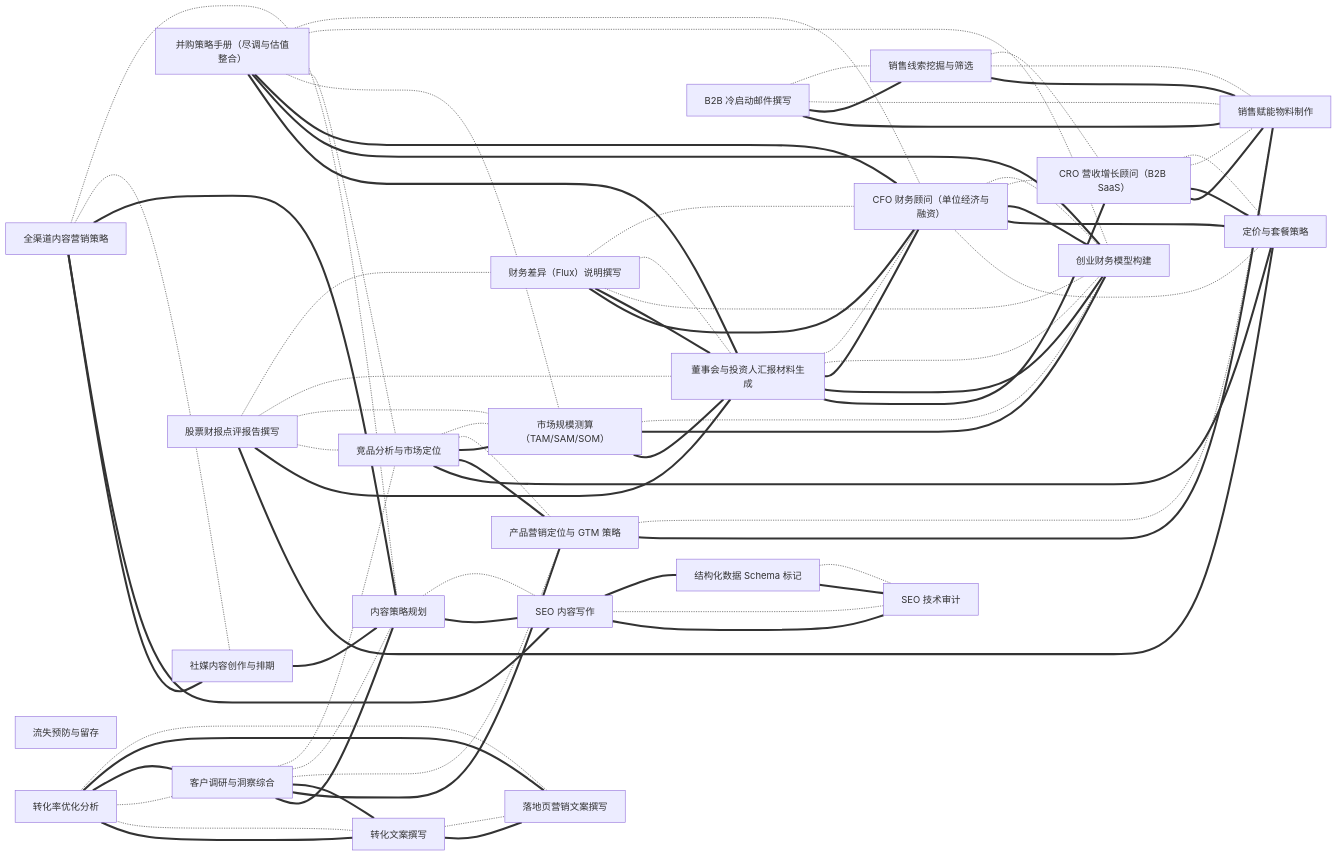
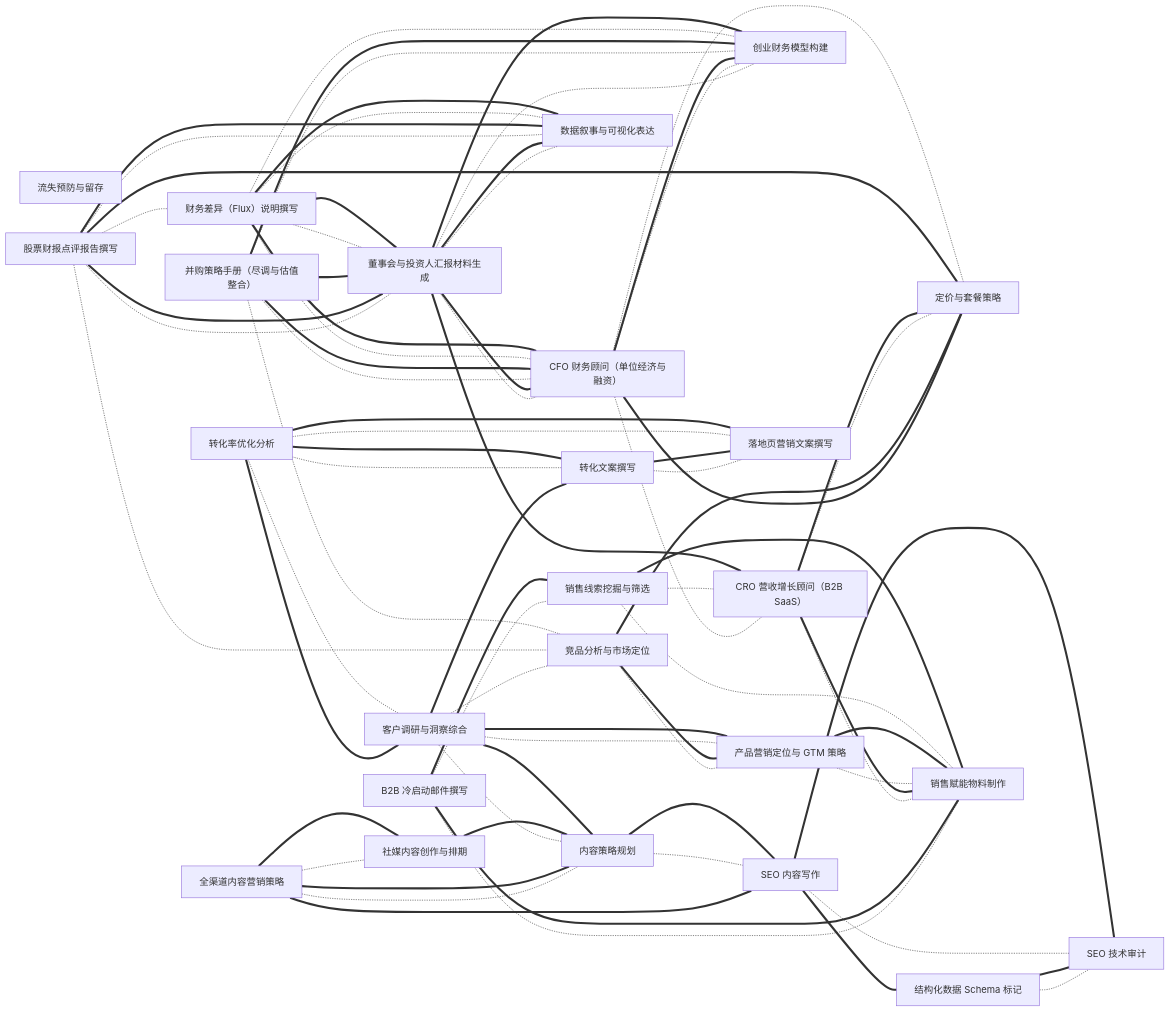
The seventh of 12 diagrams in INDEX/graph.md (findscripter/everything-skills), drawn with Mermaid before and after one commit. The commit also changed other lines of this file and 12 other files, not shown here.

````diff
--- a/INDEX/graph.md
+++ b/INDEX/graph.md
@@ -651,10 +649,12 @@
   content-marketing-strategist["全渠道内容营销策略"]
   equity-earnings-update-report["股票财报点评报告撰写"]
   sales-prospecting["销售线索挖掘与筛选"]
-  market-sizing-analyst["市场规模测算（TAM/SAM/SOM）"]
+  data-storyteller["数据叙事与可视化表达"]
   board-deck-builder -.- cfo-financial-advisor
   board-deck-builder -.- startup-financial-modeler
+  board-deck-builder -.- data-storyteller
   board-deck-builder === cfo-financial-advisor
+  board-deck-builder === data-storyteller
   cfo-financial-advisor -.- startup-financial-modeler
   cfo-financial-advisor -.- cro-revenue-advisor
   cfo-financial-advisor === startup-financial-modeler
@@ -663,9 +663,7 @@
   cold-email-writer -.- sales-enablement
   cold-email-writer === sales-prospecting
   cold-email-writer === sales-enablement
-  competitive-analysis -.- market-sizing-analyst
   competitive-analysis -.- product-marketing-gtm-strategy
-  competitive-analysis === market-sizing-analyst
   competitive-analysis === product-marketing-gtm-strategy
   competitive-analysis === pricing-strategy
   content-marketing-strategist -.- content-strategy-planner
@@ -695,21 +693,18 @@
   customer-research-synthesizer === conversion-copywriter
   customer-research-synthesizer === product-marketing-gtm-strategy
   equity-earnings-update-report -.- variance-flux-commentary
+  equity-earnings-update-report -.- data-storyteller
   equity-earnings-update-report -.- board-deck-builder
-  equity-earnings-update-report -.- market-sizing-analyst
   equity-earnings-update-report -.- competitive-analysis
+  equity-earnings-update-report === data-storyteller
   equity-earnings-update-report === board-deck-builder
   equity-earnings-update-report === pricing-strategy
   ma-playbook -.- cfo-financial-advisor
   ma-playbook -.- startup-financial-modeler
   ma-playbook -.- competitive-analysis
-  ma-playbook -.- market-sizing-analyst
   ma-playbook === cfo-financial-advisor
   ma-playbook === startup-financial-modeler
   ma-playbook === board-deck-builder
-  market-sizing-analyst -.- startup-financial-modeler
-  market-sizing-analyst === startup-financial-modeler
-  market-sizing-analyst === board-deck-builder
   pricing-strategy -.- cfo-financial-advisor
   product-marketing-gtm-strategy -.- sales-enablement
   product-marketing-gtm-strategy === sales-enablement
@@ -726,6 +721,8 @@
   variance-flux-commentary -.- cfo-financial-advisor
   variance-flux-commentary -.- board-deck-builder
   variance-flux-commentary -.- startup-financial-modeler
+  variance-flux-commentary -.- data-storyteller
   variance-flux-commentary === board-deck-builder
   variance-flux-commentary === cfo-financial-advisor
+  variance-flux-commentary === data-storyteller
 ```
````
